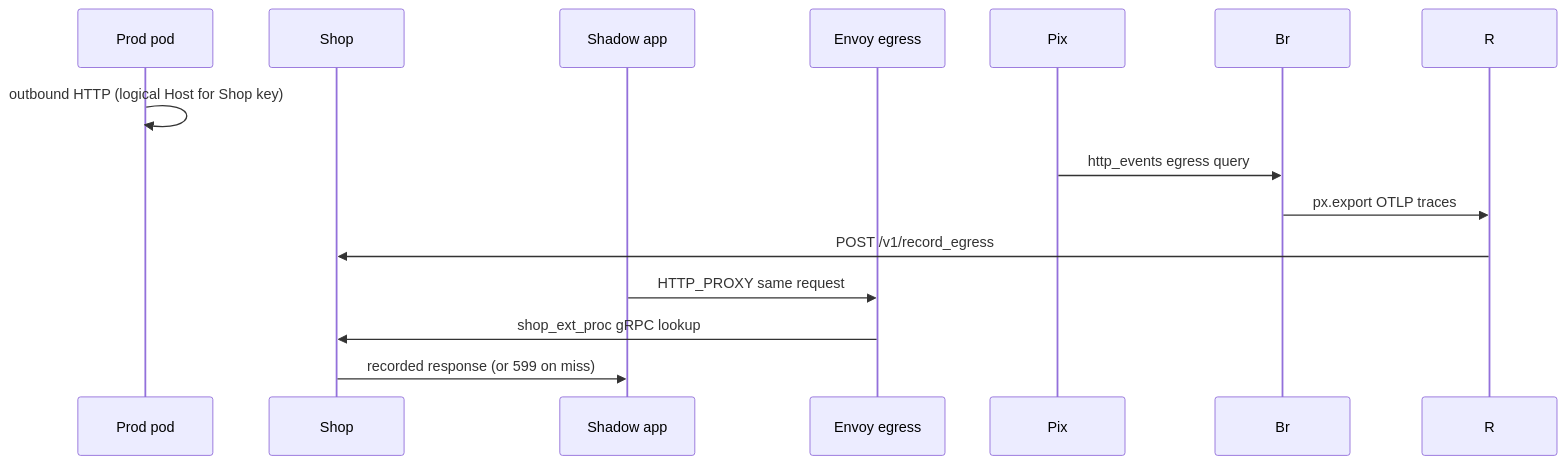
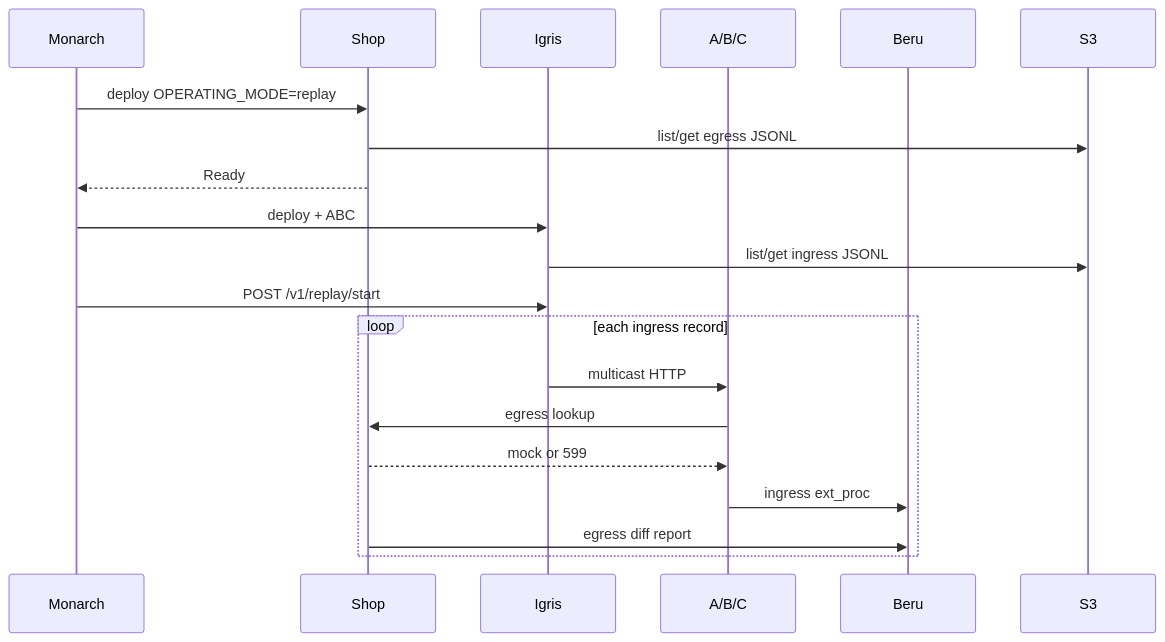
The second of 2 diagrams in docs/architecture/ARCHITECTURE.md (nederrgo/shadow-diff), drawn with Mermaid before and after one commit. The commit also changed other lines of this file and 18 other files, not shown here.

````diff
--- a/docs/architecture/ARCHITECTURE.md
+++ b/docs/architecture/ARCHITECTURE.md
@@ -328,15 +148,23 @@
 ```mermaid
 sequenceDiagram
-  participant P as Prod pod
-  participant S as Shop
-  participant Sh as Shadow app
-  participant E as Envoy egress
+  participant M as Monarch
+  participant Shop as Shop
+  participant Igris as Igris
+  participant ABC as A/B/C
+  participant Beru as Beru
+  participant S3 as S3
 
-  P->>P: outbound HTTP (logical Host for Shop key)
-  Pix->>Br: http_events egress query
-  Br->>R: px.export OTLP traces
-  R->>S: POST /v1/record_egress
-  Sh->>E: HTTP_PROXY same request
-  E->>S: shop_ext_proc gRPC lookup
-  S->>Sh: recorded response (or 599 on miss)
+  M->>Shop: deploy OPERATING_MODE=replay
+  Shop->>S3: list/get egress JSONL
+  Shop-->>M: Ready
+  M->>Igris: deploy + ABC
+  Igris->>S3: list/get ingress JSONL
+  M->>Igris: POST /v1/replay/start
+  loop each ingress record
+    Igris->>ABC: multicast HTTP
+    ABC->>Shop: egress lookup
+    Shop-->>ABC: mock or 599
+    ABC->>Beru: ingress ext_proc
+    Shop->>Beru: egress diff report
+  end
 ```
````
